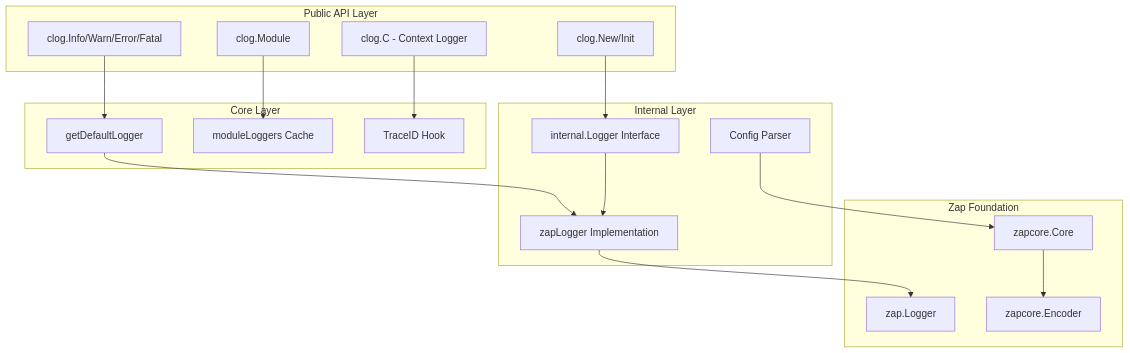
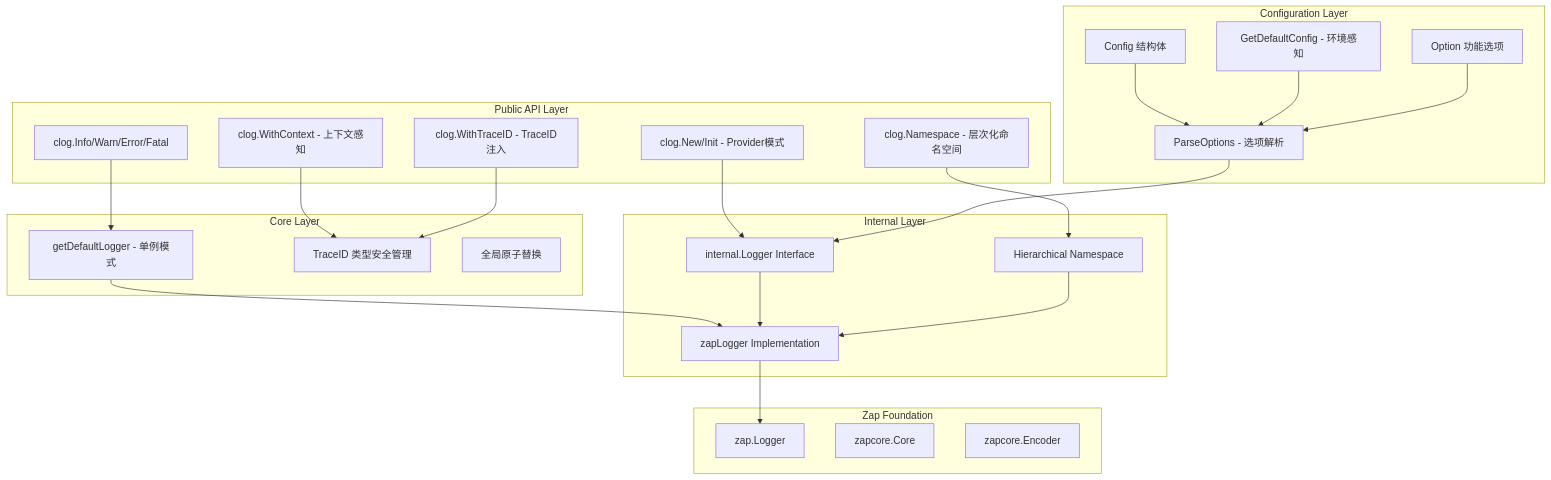
Before and after one commit to ceyewan/gochat: the diagram in im-infra/clog/DESIGN.md, drawn with Mermaid. The commit also changed other lines of this file and 13 other files, not shown here.

````diff
--- a/im-infra/clog/DESIGN.md
+++ b/im-infra/clog/DESIGN.md
@@ -19,37 +19,49 @@
 ```mermaid
 graph TB
     subgraph "Public API Layer"
         A[clog.Info/Warn/Error/Fatal]
-        B[clog.Module]
-        C[clog.C - Context Logger]
-        D[clog.New/Init]
+        B[clog.Namespace - 层次化命名空间]
+        C[clog.WithContext - 上下文感知]
+        D[clog.WithTraceID - TraceID注入]
+        E[clog.New/Init - Provider模式]
+    end
+    
+    subgraph "Configuration Layer"
+        F[Config 结构体]
+        G[GetDefaultConfig - 环境感知]
+        H[Option 功能选项]
+        I[ParseOptions - 选项解析]
     end
     
     subgraph "Core Layer"
-        E[getDefaultLogger]
-        F[moduleLoggers Cache]
-        G[TraceID Hook]
+        J[getDefaultLogger - 单例模式]
+        K[TraceID 类型安全管理]
+        L[全局原子替换]
     end
     
     subgraph "Internal Layer"
-        H[internal.Logger Interface]
-        I[zapLogger Implementation]
-        J[Config Parser]
+        M[internal.Logger Interface]
+        N[zapLogger Implementation]
+        O[Hierarchical Namespace]
     end
     
     subgraph "Zap Foundation"
-        K[zap.Logger]
-        L[zapcore.Core]
-        M[zapcore.Encoder]
+        P[zap.Logger]
+        Q[zapcore.Core]
+        R[zapcore.Encoder]
     end
     
-    A --> E
-    B --> F
-    C --> G
-    D --> H
-    E --> I
-    I --> K
+    A --> J
+    B --> O
+    C --> K
+    D --> K
+    E --> M
+    F --> I
+    G --> I
     H --> I
-    J --> L
-    L --> M
+    I --> M
+    J --> N
+    N --> P
+    M --> N
+    O --> N
 ```
````
